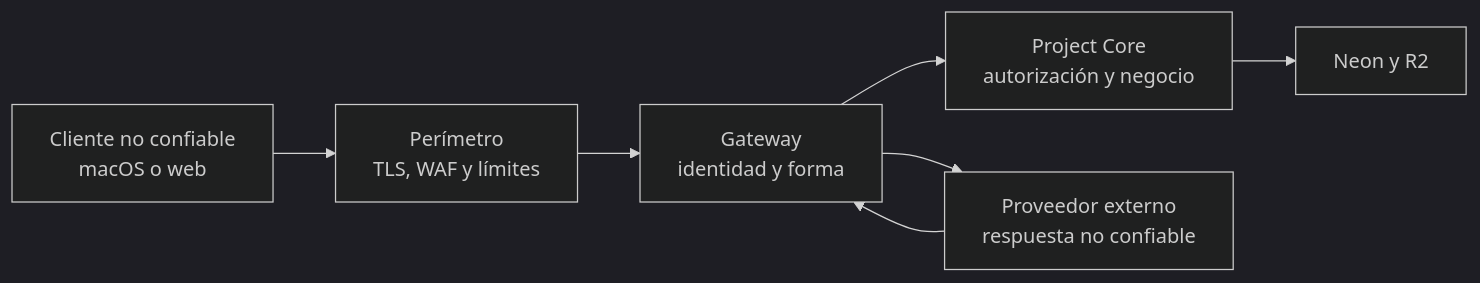
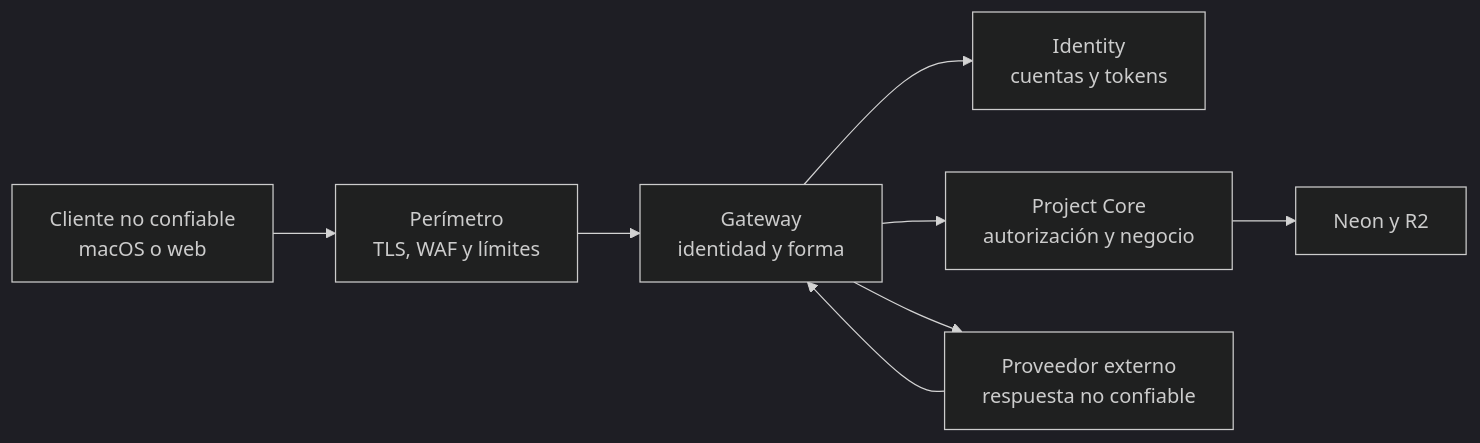
One commit to DARONcin/tazkle changed the diagram in docs/security/threat-model.md. Above: the diagram before and after it, drawn with Mermaid (dark theme). The commit also changed other lines of this file and 160 other files, not shown here.

````diff
--- a/docs/security/threat-model.md
+++ b/docs/security/threat-model.md
@@ -14,13 +14,15 @@
 ```mermaid
 flowchart LR
     CLIENT["Cliente no confiable<br/>macOS o web"]
     EDGE["Perímetro<br/>TLS, WAF y límites"]
     GW["Gateway<br/>identidad y forma"]
+    ID["Identity<br/>cuentas y tokens"]
     CORE["Project Core<br/>autorización y negocio"]
     DATA["Neon y R2"]
     AI["Proveedor externo<br/>respuesta no confiable"]
 
-    CLIENT --> EDGE --> GW --> CORE --> DATA
+    CLIENT --> EDGE --> GW --> ID
+    GW --> CORE --> DATA
     GW --> AI
     AI --> GW
 ```
````
